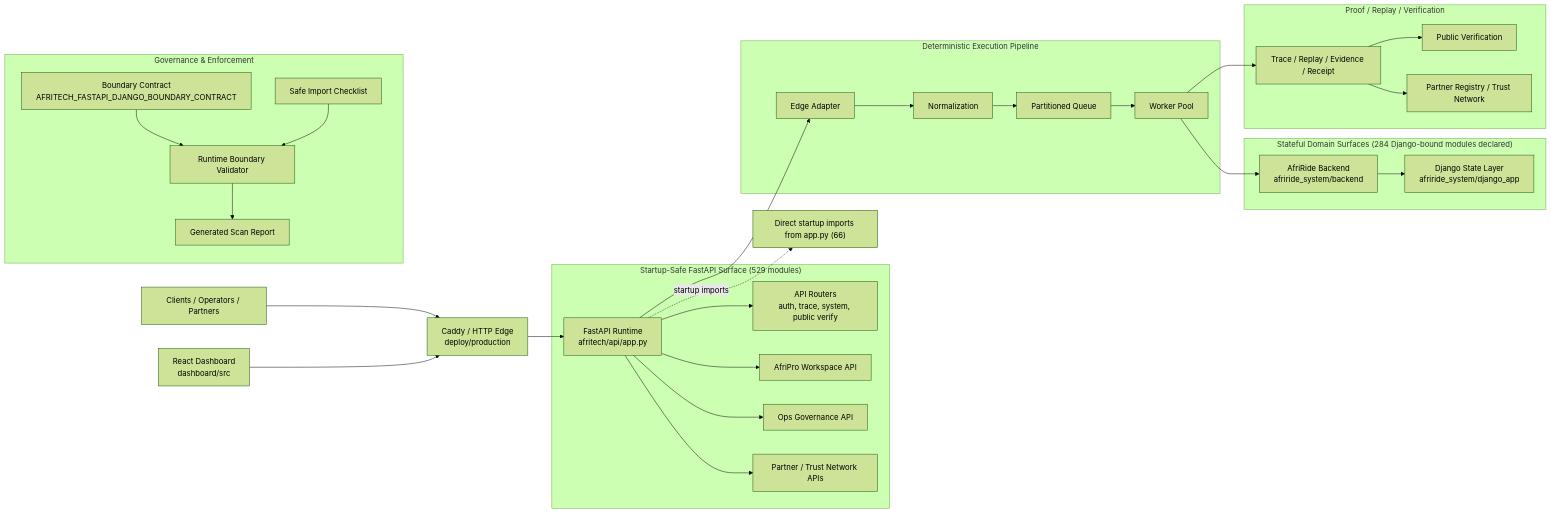
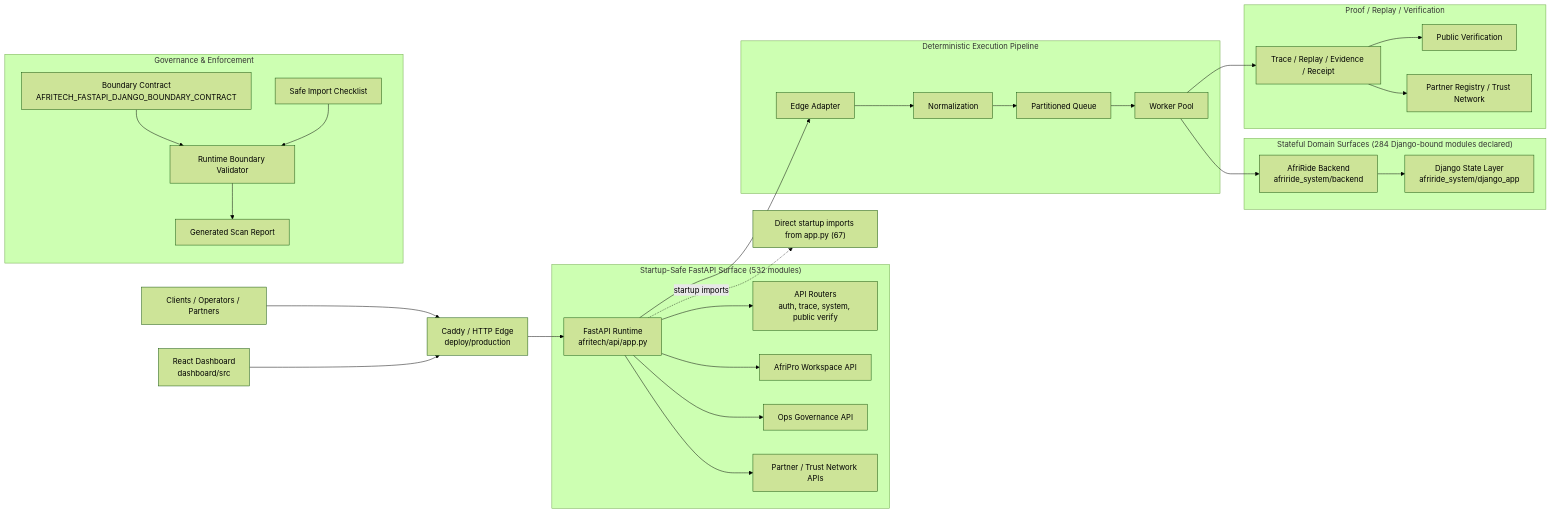
The first of 2 diagrams in docs/architecture/AFRITECH_FULL_ARCHITECTURE_GRAPH.md (Strelly2023/afritelematics), drawn with Mermaid (forest theme) before and after one commit. The commit also changed other lines of this file and 8 other files, not shown here.

````diff
--- a/docs/architecture/AFRITECH_FULL_ARCHITECTURE_GRAPH.md
+++ b/docs/architecture/AFRITECH_FULL_ARCHITECTURE_GRAPH.md
@@ -22,39 +22,39 @@
 ```mermaid
 flowchart LR
     Client["Clients / Operators / Partners"] --> Edge["Caddy / HTTP Edge\ndeploy/production"]
     Dashboard["React Dashboard\ndashboard/src"] --> Edge
     Edge --> App["FastAPI Runtime\nafritech/api/app.py"]
 
-    subgraph FastAPI["Startup-Safe FastAPI Surface (529 modules)"]
+    subgraph FastAPI["Startup-Safe FastAPI Surface (532 modules)"]
         App --> Api["API Routers\nauth, trace, system, public verify"]
         App --> Workspace["AfriPro Workspace API"]
         App --> Governance["Ops Governance API"]
         App --> Trust["Partner / Trust Network APIs"]
     end
 
     subgraph Pipeline["Deterministic Execution Pipeline"]
         App --> Adapt["Edge Adapter"]
         Adapt --> Normalize["Normalization"]
         Normalize --> Queue["Partitioned Queue"]
         Queue --> Worker["Worker Pool"]
     end
 
     subgraph State["Stateful Domain Surfaces (284 Django-bound modules declared)"]
         Worker --> Domain["AfriRide Backend\nafriride_system/backend"]
         Domain --> Django["Django State Layer\nafriride_system/django_app"]
     end
 
     subgraph Proof["Proof / Replay / Verification"]
         Worker --> Trace["Trace / Replay / Evidence / Receipt"]
         Trace --> Public["Public Verification"]
         Trace --> Registry["Partner Registry / Trust Network"]
     end
 
     subgraph GovernancePlane["Governance & Enforcement"]
         Contract["Boundary Contract\nAFRITECH_FASTAPI_DJANGO_BOUNDARY_CONTRACT"] --> Validator["Runtime Boundary Validator"]
         Checklist["Safe Import Checklist"] --> Validator
         Validator --> Review["Generated Scan Report"]
     end
 
-    App -. startup imports .-> Imports["Direct startup imports from app.py (66)"]
+    App -. startup imports .-> Imports["Direct startup imports from app.py (67)"]
 ```
````
